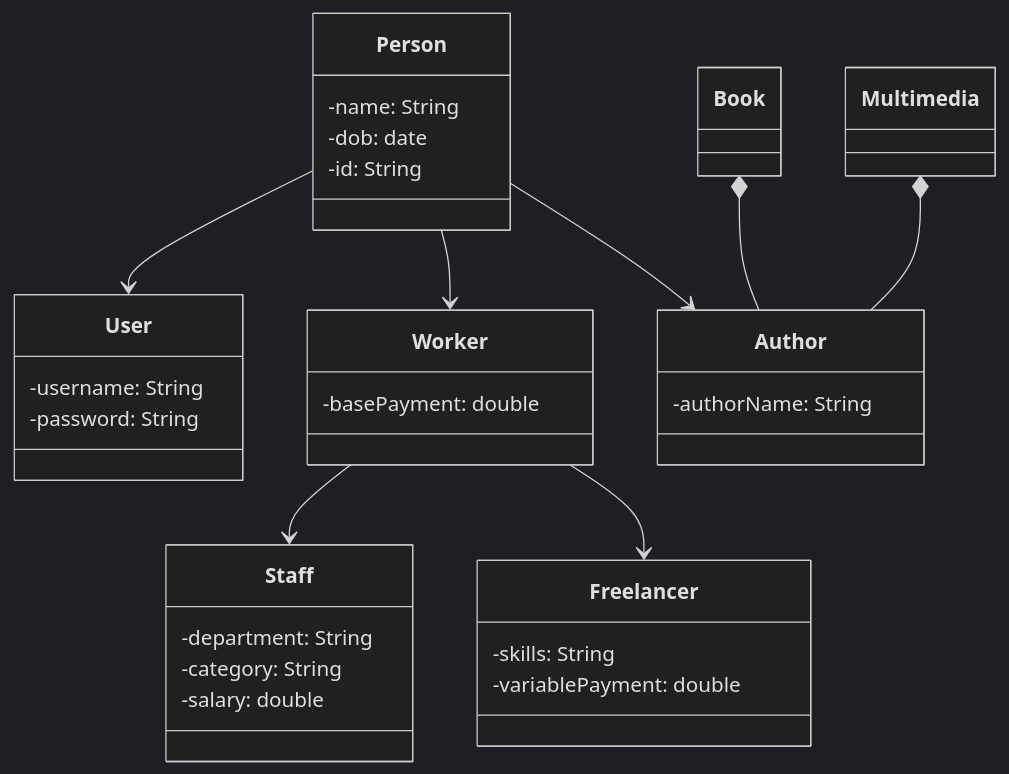
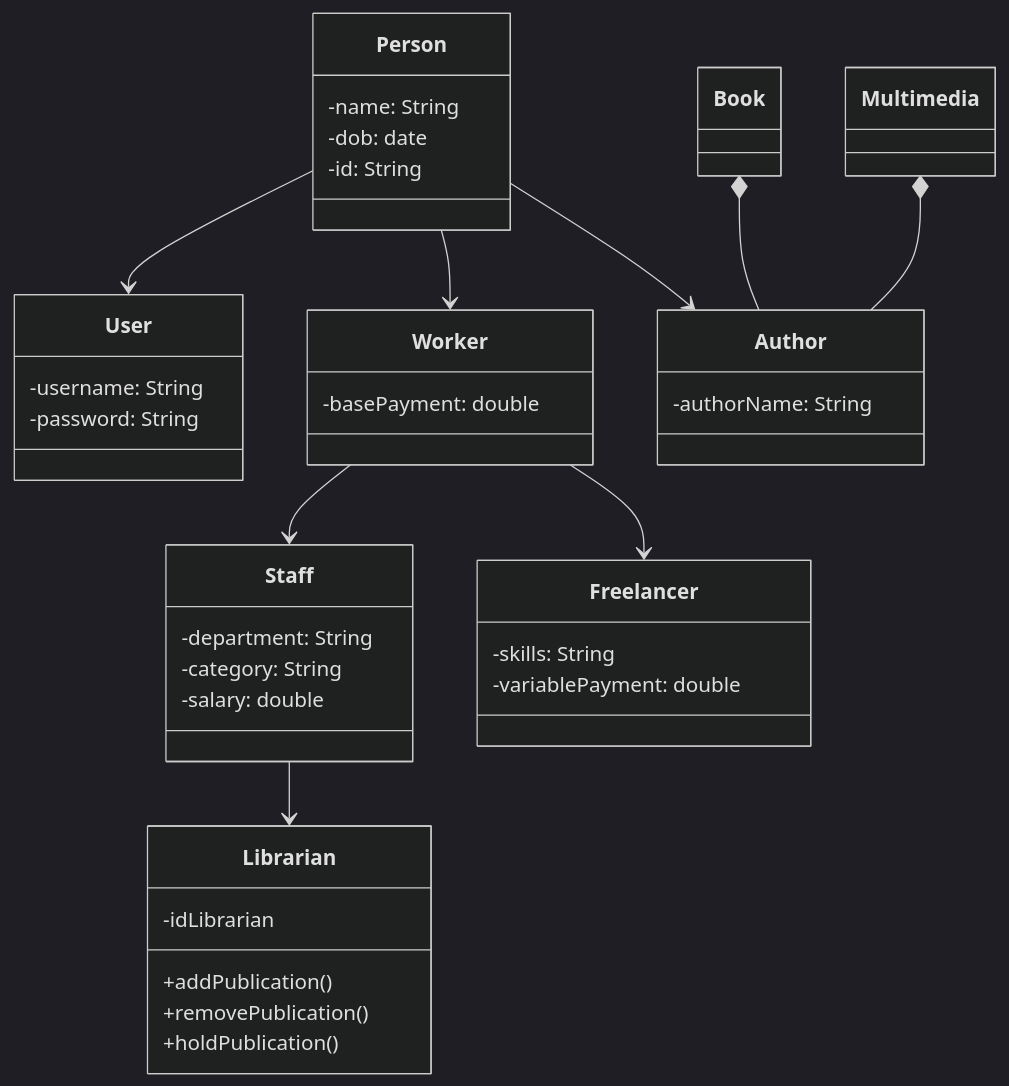
The third of 4 diagrams in javase/selab3-1.qmd (daviddevops96/wiki), drawn with Mermaid (dark theme) before and after one commit. The commit also changed other lines of this file and 3 other files, not shown here.

````diff
--- a/javase/selab3-1.qmd
+++ b/javase/selab3-1.qmd
@@ -332,42 +315,50 @@
 ```{mermaid}
 classDiagram
 class Person {
     -name: String
     -dob: date
     -id: String
 }
 
 class User {
     -username: String
     -password: String
 }
 
 class Worker {
     -basePayment: double
 }
 
 class Staff {
     -department: String
     -category: String
     -salary: double
 }
 
+class Librarian {
+    -idLibrarian
+    +addPublication()
+    +removePublication()
+    +holdPublication()
+  
+}
+
 class Freelancer {
     -skills: String
     -variablePayment: double
 }
 
 class Author {
     -authorName: String
 }
 
 
-
 Person --> User
 Person --> Worker
 Worker --> Staff
+Staff --> Librarian
 Worker --> Freelancer
 Person --> Author
 Book *-- Author
 Multimedia *-- Author
 ```
````
